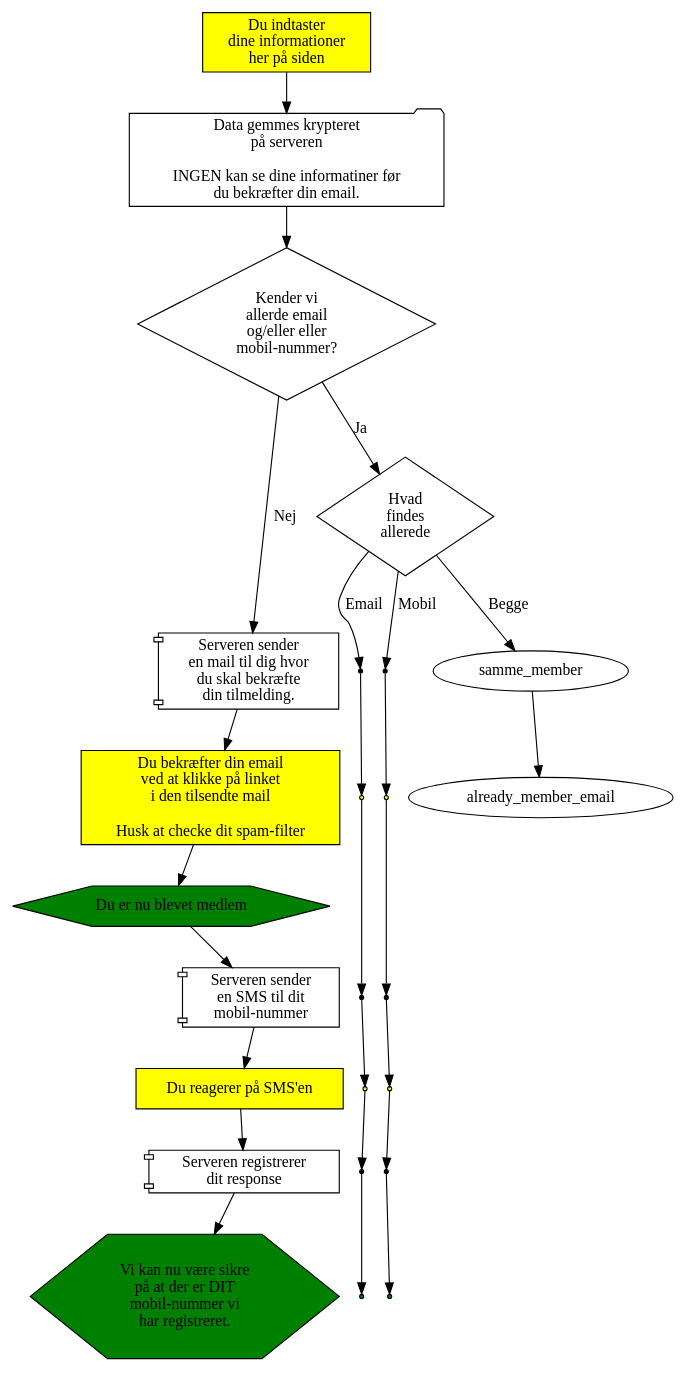
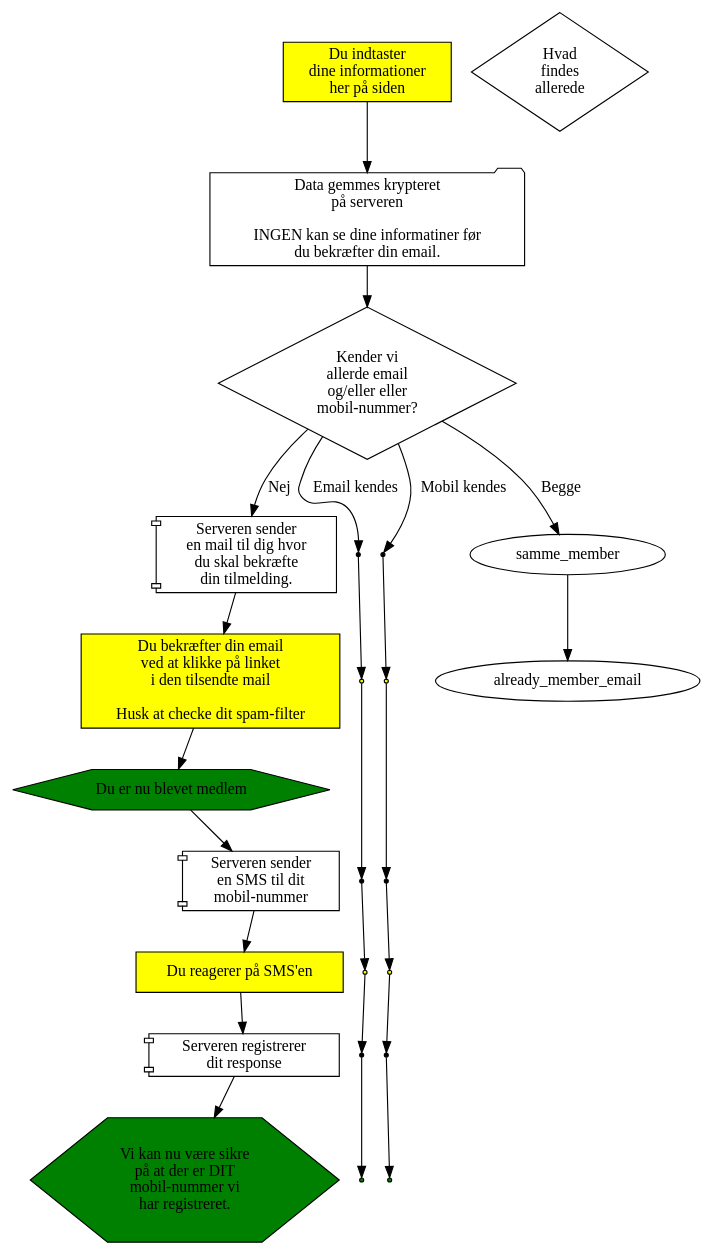
One commit to alslug/alslug.dk changed the diagram in medlemskab/indmeldelse.dot. Above: the diagram before and after it, drawn with Graphviz.

```diff
--- a/medlemskab/indmeldelse.dot
+++ b/medlemskab/indmeldelse.dot
@@ -1,71 +1,70 @@
 digraph indmeldelse {
   { # Dine handlinger
     node [ shape=box style=filled fillcolor=yellow ];
     indtast                [label="Du indtaster\ndine informationer\nher på siden"];
     subgraph cluster_server_sender_email {
       style=invis;
       node                 [label="Du bekræfter din email\nved at klikke på linket\ni den tilsendte mail\n\nHusk at checke dit spam-filter"];
       confirm_email_nyt_medlem;
       confirm_email_add_email [shape=point];
       confirm_email_add_mobil [shape=point];
     }
     subgraph cluster_server_sender_sms {
       style=invis;
       node                 [label="Du reagerer på SMS'en"];
       confirm_sms_nyt_medlem;
       confirm_sms_add_email [shape=point];
       confirm_sms_add_mobil [shape=point];
     }
   }
   send_tilmelding        [shape=folder label="Data gemmes krypteret \n på serveren \n \n INGEN kan se dine informatiner før \n du bekræfter din email."];
   { # Server-aktiviteter
     node [shape=component];
     subgraph cluster_server_sender_email {
       style=invis;
       node                 [label="Serveren sender \n en mail til dig hvor \n du skal bekræfte \n din tilmelding."];
       server_sender_emai_nyt_medlem;
       server_sender_email_add_email [shape=point];
       server_sender_email_add_mobil [shape=point];
     }
     subgraph cluster_server_sender_sms {
       style=invis;
       node                 [label="Serveren sender \n en SMS til dit \n mobil-nummer"];
       server_sender_sms_nyt_medlem;
       server_sender_sms_add_email [shape=point];
       server_sender_sms_add_mobil [shape=point];
     }
     subgraph cluster_sms_confirmed {
       style=invis;
       node                 [label="Serveren registrerer \n dit response"];
       sms_confirmed_nyt_medlem;
       sms_confirmed_add_email [shape=point];
       sms_confirmed_add_mobil [shape=point];
     }
   }
   { # Results
     node [shape=hexagon   style=filled fillcolor=green ];
     du_biver_medlem        [label="Du er nu blevet medlem"];
     mobile_ok              [label="Vi kan nu være sikre \n på at der er DIT \n mobil-nummer vi \n har registreret."]; 
     email_added            [label="Den nye \n ekstra email er \n registreret." shape=point];
     mobil_added            [label="Dit nye \n mobil-nummer er \n registreret." shape=point]; 
   }
   { # Valg
     node [shape=diamond];
     findes_allerede        [label="Kender vi \n allerde email \n og/eller eller \n mobil-nummer?"];
     hvad_findes_allerede   [label="Hvad \n findes \n allerede"];
   }
 
   indtast -> send_tilmelding -> findes_allerede;
-                                findes_allerede ->                              server_sender_emai_nyt_medlem [label="Nej"];
-                                                                                server_sender_emai_nyt_medlem -> confirm_email_nyt_medlem -> du_biver_medlem ->
-                                                                                server_sender_sms_nyt_medlem  -> confirm_sms_nyt_medlem   -> sms_confirmed_nyt_medlem -> mobile_ok;
-                                findes_allerede -> hvad_findes_allerede                                       [label="Ja"];
-                                                   hvad_findes_allerede-> samme_member                        [label="Begge"];
-                                                                          samme_member -> already_member_email;
-                                                   hvad_findes_allerede -> server_sender_email_add_email      [label="Email"];
-                                                                                server_sender_email_add_email -> confirm_email_add_email  ->
-                                                                                server_sender_sms_add_email   -> confirm_sms_add_email    -> sms_confirmed_add_email -> email_added;
-                                                   hvad_findes_allerede ->      server_sender_email_add_mobil [label="Mobil"];
-                                                                                server_sender_email_add_mobil -> confirm_email_add_mobil  ->
-                                                                                server_sender_sms_add_mobil   -> confirm_sms_add_mobil    -> sms_confirmed_add_mobil -> mobil_added;
+                                findes_allerede -> server_sender_emai_nyt_medlem [label="Nej"];
+                                                   server_sender_emai_nyt_medlem -> confirm_email_nyt_medlem -> du_biver_medlem ->
+                                                   server_sender_sms_nyt_medlem  -> confirm_sms_nyt_medlem   -> sms_confirmed_nyt_medlem -> mobile_ok;
+                                findes_allerede -> server_sender_email_add_email [label="Email kendes"];
+                                                   server_sender_email_add_email -> confirm_email_add_email  ->
+                                                   server_sender_sms_add_email   -> confirm_sms_add_email    -> sms_confirmed_add_email -> email_added;
+                                findes_allerede -> server_sender_email_add_mobil [label="Mobil kendes"];
+                                                   server_sender_email_add_mobil -> confirm_email_add_mobil  ->
+                                                   server_sender_sms_add_mobil   -> confirm_sms_add_mobil    -> sms_confirmed_add_mobil -> mobil_added;
+                                findes_allerede-> samme_member                   [label="Begge"];
+                                                  samme_member -> already_member_email;
 }
```
